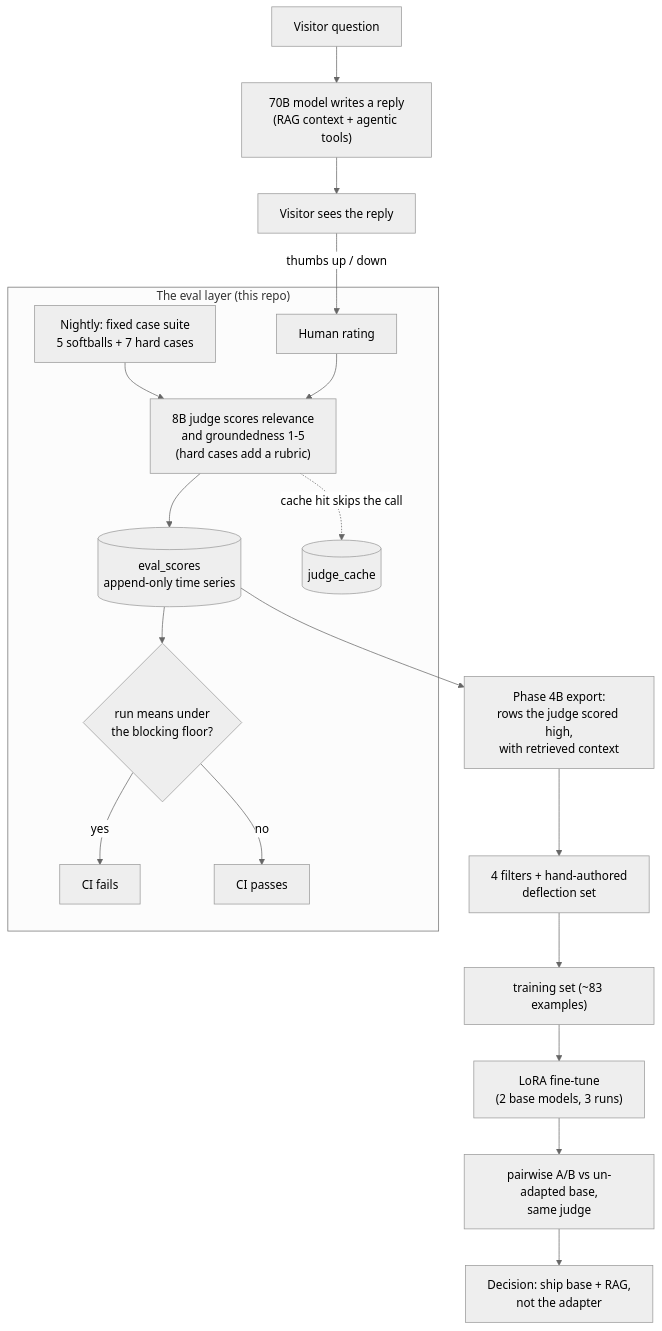
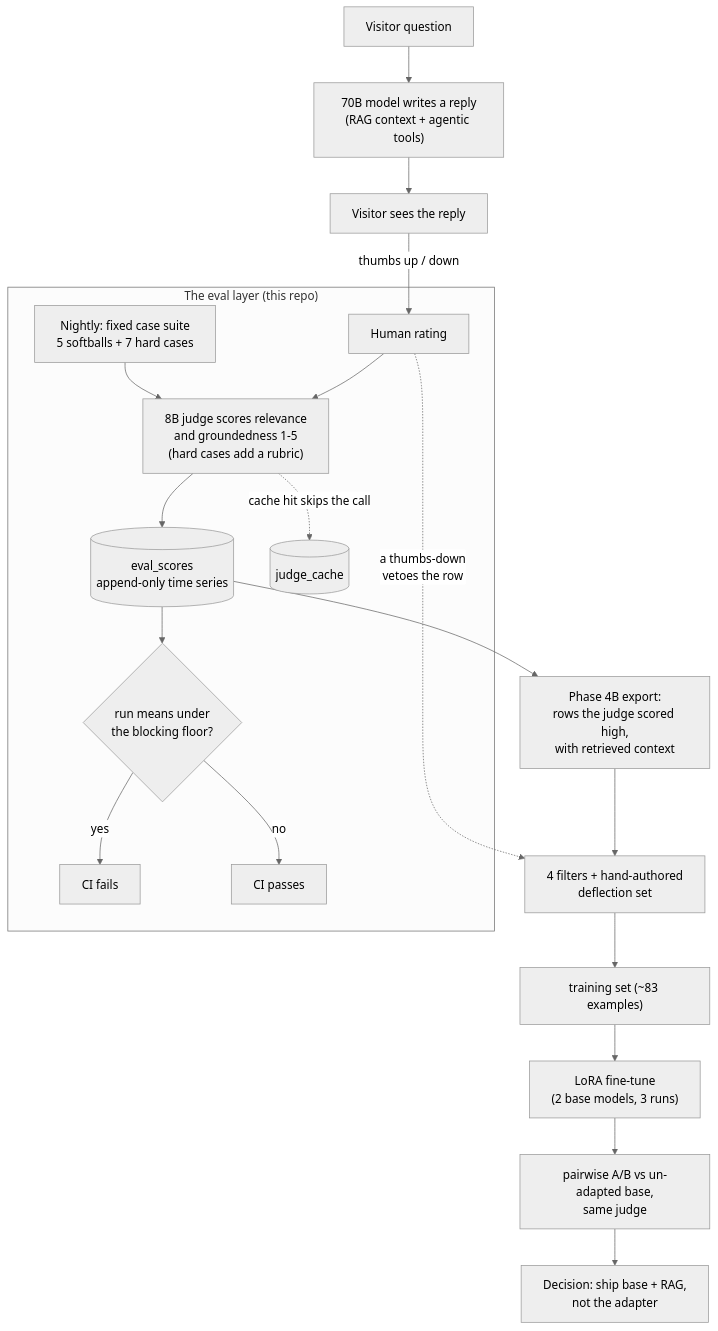
The diagram in README.md (ramirez-ai-labs/ai-vic-eval), drawn with Mermaid (neutral theme) before and after one commit. The commit also changed other lines of this file and 2 other files, not shown here.

````diff
--- a/README.md
+++ b/README.md
@@ -41,23 +41,24 @@
 ```mermaid
 flowchart TD
     V["Visitor question"] --> R["70B model writes a reply<br/>(RAG context + agentic tools)"]
     R --> U["Visitor sees the reply"]
     U -->|"thumbs up / down"| F["Human rating"]
 
-    subgraph EVAL ["The eval layer (this repo)"]
+    subgraph EVAL["The eval layer (this repo)"]
       N["Nightly: fixed case suite<br/>5 softballs + 7 hard cases"] --> J
       F --> J["8B judge scores relevance<br/>and groundedness 1-5<br/>(hard cases add a rubric)"]
       J --> S[("eval_scores<br/>append-only time series")]
       J -.->|"cache hit skips the call"| C[("judge_cache")]
       S --> G{"run means under<br/>the blocking floor?"}
       G -->|"yes"| FAIL["CI fails"]
       G -->|"no"| PASS["CI passes"]
     end
 
     S --> X["Phase 4B export:<br/>rows the judge scored high,<br/>with retrieved context"]
     X --> FT["4 filters + hand-authored<br/>deflection set"]
+    F -.->|"a thumbs-down<br/>vetoes the row"| FT
     FT --> TR["training set (~83 examples)"]
     TR --> LORA["LoRA fine-tune<br/>(2 base models, 3 runs)"]
     LORA --> AB["pairwise A/B vs un-adapted base,<br/>same judge"]
     AB --> D["Decision: ship base + RAG,<br/>not the adapter"]
 ```
````
